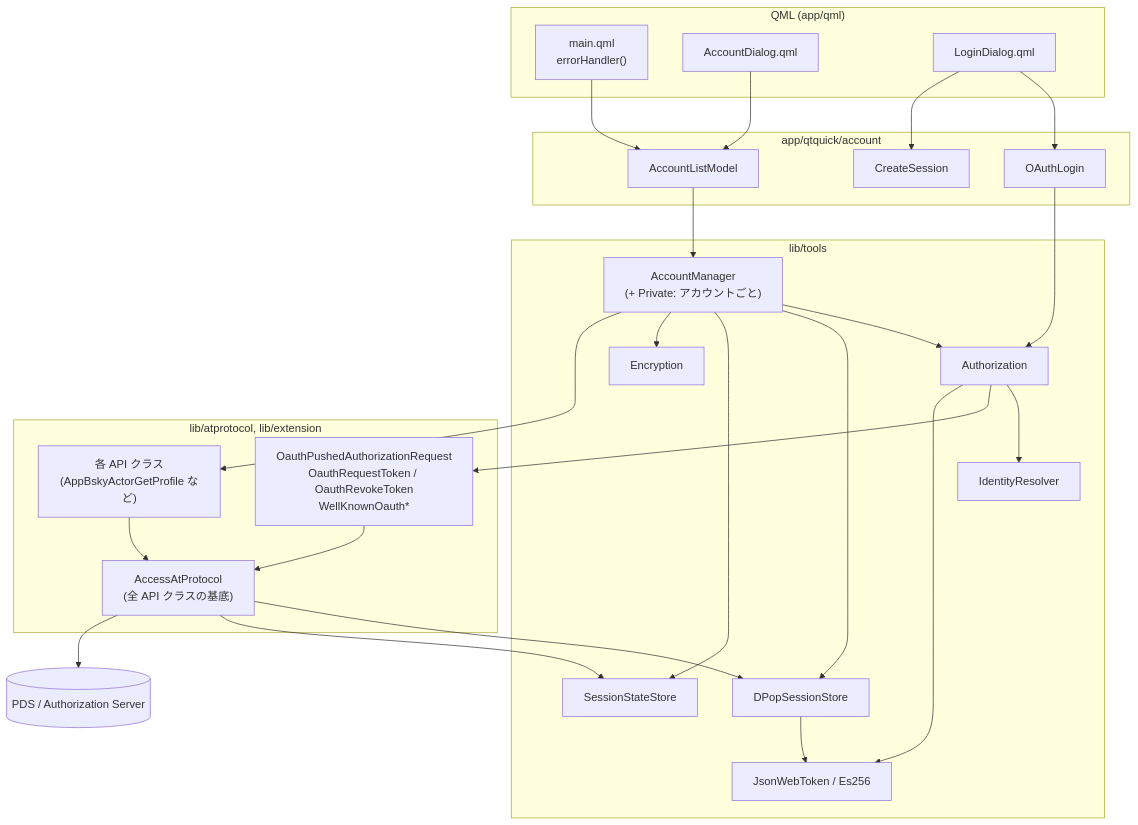
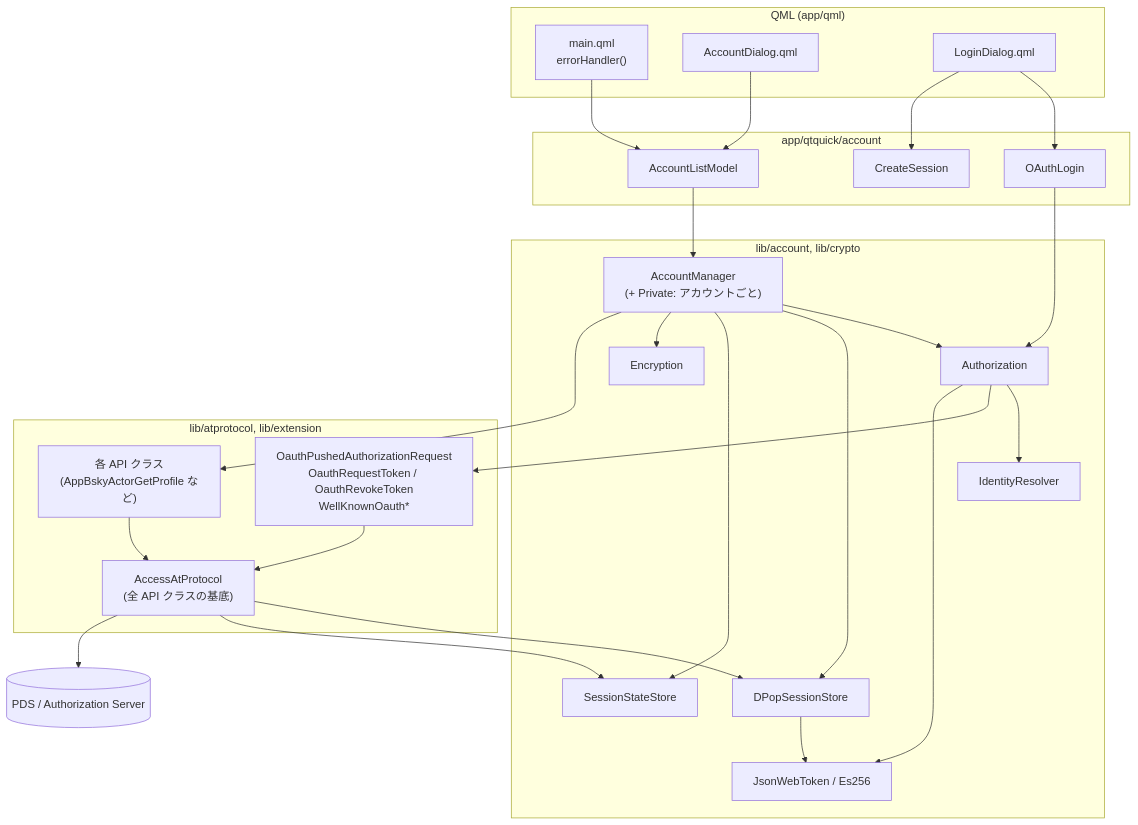
Before and after one commit to ioriayane/Hagoromo: the first of 11 diagrams in docs/design/authentication.md, drawn with Mermaid. The commit also changed other lines of this file and 6 other files, not shown here.

````diff
--- a/docs/design/authentication.md
+++ b/docs/design/authentication.md
@@ -45,53 +45,53 @@
 ```mermaid
 flowchart TB
     subgraph QML["QML (app/qml)"]
         main["main.qml<br/>errorHandler()"]
         accountDialog["AccountDialog.qml"]
         loginDialog["LoginDialog.qml"]
     end
 
     subgraph QtQuick["app/qtquick/account"]
         accountListModel["AccountListModel"]
         oauthLogin["OAuthLogin"]
         createSession["CreateSession"]
     end
 
-    subgraph Tools["lib/tools"]
+    subgraph Tools["lib/account, lib/crypto"]
         accountManager["AccountManager<br/>(+ Private: アカウントごと)"]
         authorization["Authorization"]
         identityResolver["IdentityResolver"]
         dpopStore["DPopSessionStore"]
         sessionStore["SessionStateStore"]
         encryption["Encryption"]
         jwt["JsonWebToken / Es256"]
     end
 
     subgraph AtProtocol["lib/atprotocol, lib/extension"]
         access["AccessAtProtocol<br/>(全 API クラスの基底)"]
         apis["各 API クラス<br/>(AppBskyActorGetProfile など)"]
         oauthApis["OauthPushedAuthorizationRequest<br/>OauthRequestToken / OauthRevokeToken<br/>WellKnownOauth*"]
     end
 
     servers[("PDS / Authorization Server")]
 
     loginDialog --> oauthLogin
     loginDialog --> createSession
     accountDialog --> accountListModel
     main --> accountListModel
     accountListModel --> accountManager
     oauthLogin --> authorization
     authorization --> identityResolver
     authorization --> oauthApis
     accountManager --> authorization
     accountManager --> dpopStore
     accountManager --> sessionStore
     accountManager --> encryption
     accountManager --> apis
     apis --> access
     oauthApis --> access
     access --> dpopStore
     access --> sessionStore
     dpopStore --> jwt
     authorization --> jwt
     access --> servers
 ```
````
